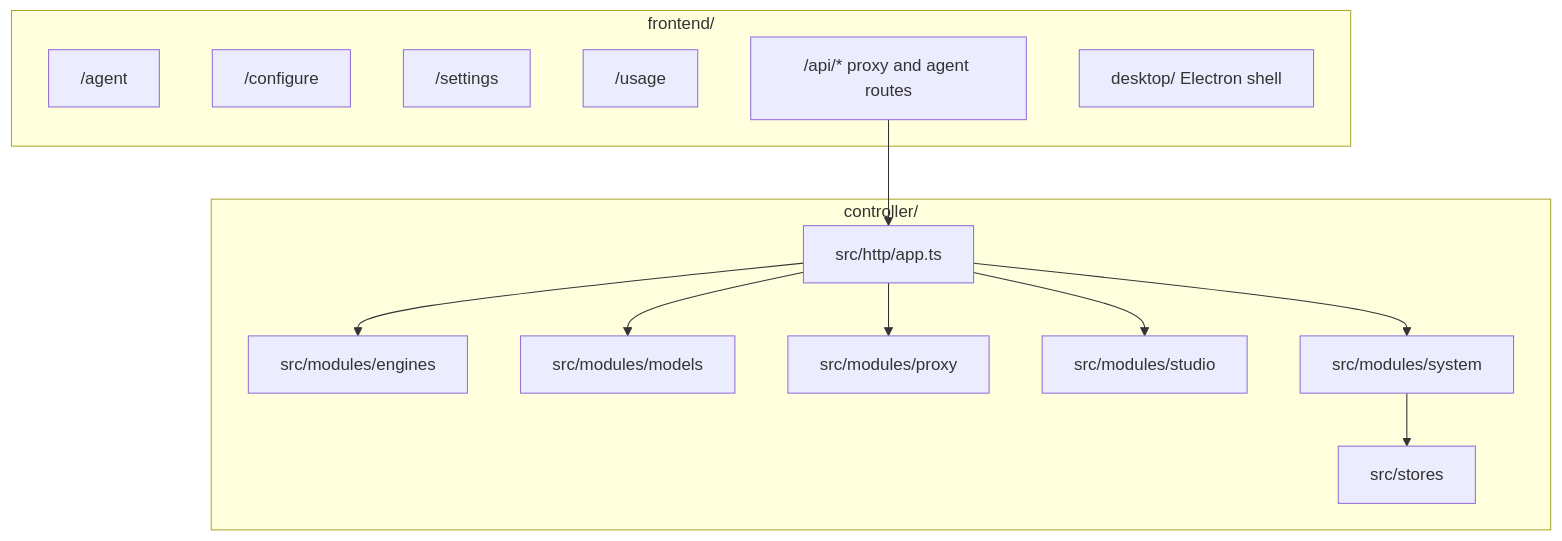
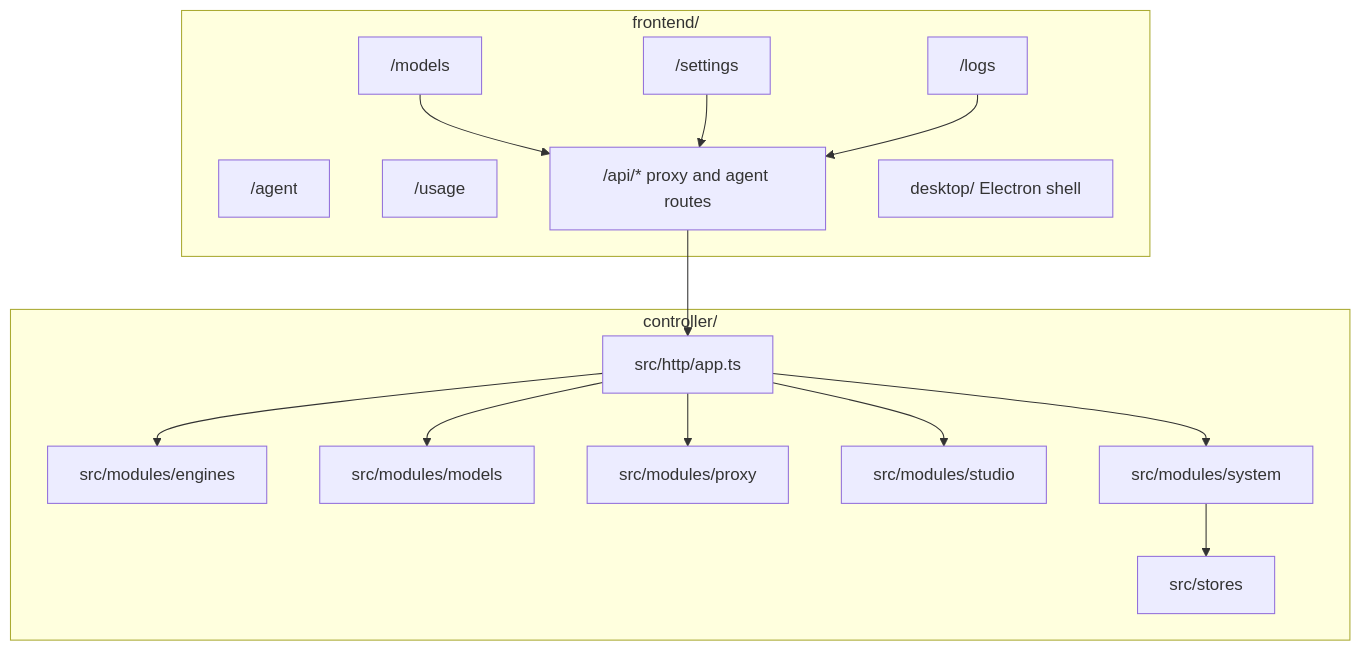
The second of 2 diagrams in README.md (0xSero/vllm-studio), drawn with Mermaid before and after one commit. The commit also changed other lines of this file and 2 other files, not shown here.

Commit message:
docs(v201): record configure retirement

````diff
--- a/README.md
+++ b/README.md
@@ -64,29 +64,33 @@
 ```mermaid
 flowchart TB
     subgraph Frontend["frontend/"]
         AgentPage["/agent"]
-        Configure["/configure"]
-        Settings["/settings"]
+        ModelsPage["/models"]
+        SettingsPage["/settings"]
+        LogsPage["/logs"]
         Usage["/usage"]
         ProxyRoutes["/api/* proxy and agent routes"]
         DesktopMain["desktop/ Electron shell"]
     end
 
     subgraph Controller["controller/"]
         HttpApp["src/http/app.ts"]
         Engines["src/modules/engines"]
         Models["src/modules/models"]
         Proxy["src/modules/proxy"]
         Studio["src/modules/studio"]
         System["src/modules/system"]
         Stores["src/stores"]
     end
 
+    ModelsPage --> ProxyRoutes
+    SettingsPage --> ProxyRoutes
+    LogsPage --> ProxyRoutes
     ProxyRoutes --> HttpApp
     HttpApp --> Engines
     HttpApp --> Models
     HttpApp --> Proxy
     HttpApp --> Studio
     HttpApp --> System
     System --> Stores
 ```
````
